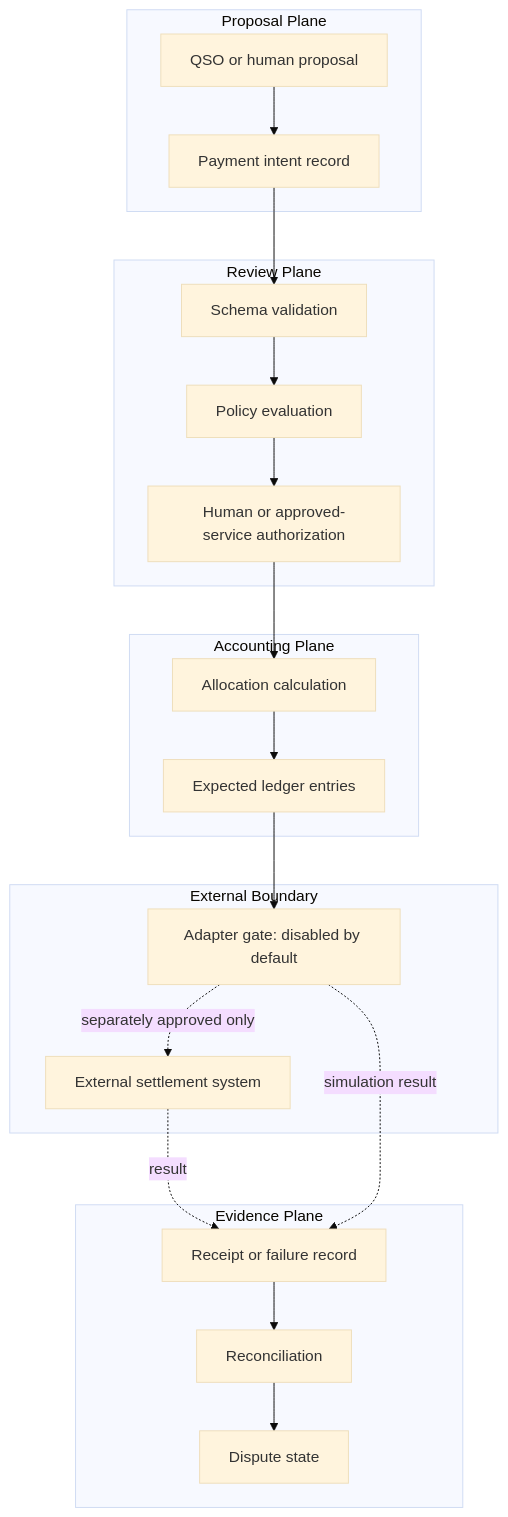
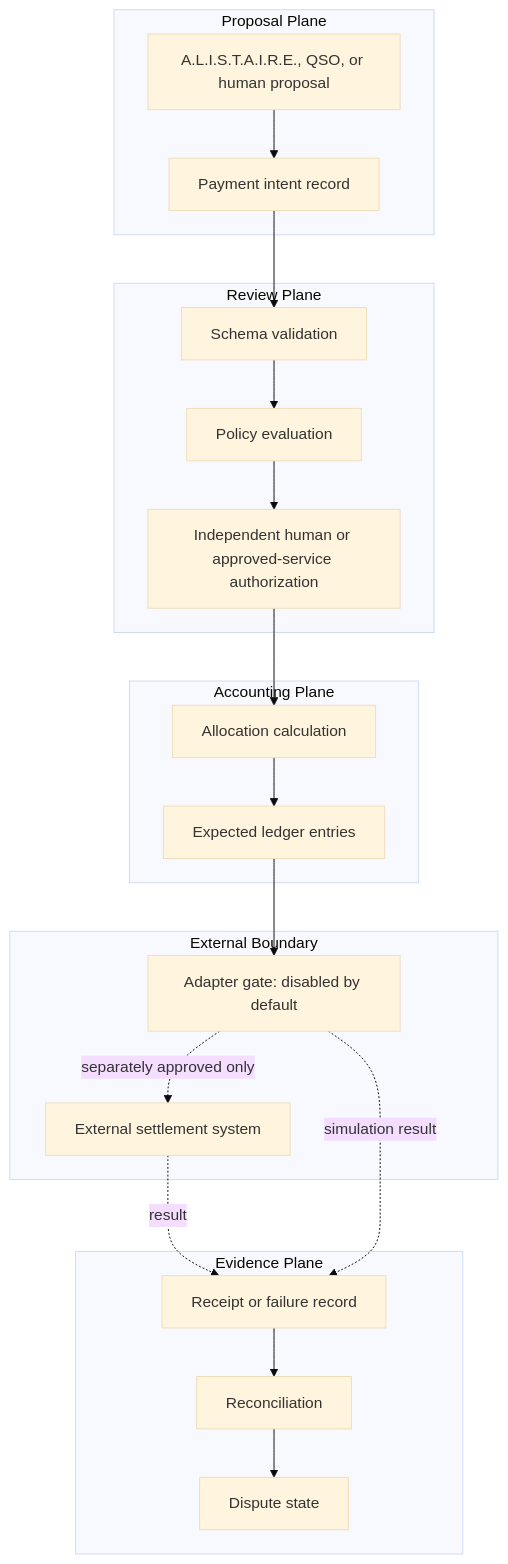
The first of 2 diagrams in docs/ARCHITECTURE.md (aevespers2/QSO-PAYMENTS), drawn with Mermaid (base theme) before and after one commit. The commit also changed other lines of this file, not shown here.

Commit message:
docs: clarify architecture and portfolio authority boundaries

````diff
--- a/docs/ARCHITECTURE.md
+++ b/docs/ARCHITECTURE.md
@@ -7,37 +7,37 @@
 ```mermaid
 flowchart TB
     subgraph Proposal Plane
-      Q[QSO or human proposal]
+      Q[A.L.I.S.T.A.I.R.E., QSO, or human proposal]
       I[Payment intent record]
       Q --> I
     end
 
     subgraph Review Plane
       S[Schema validation]
       P[Policy evaluation]
-      U[Human or approved-service authorization]
+      U[Independent human or approved-service authorization]
       I --> S --> P --> U
     end
 
     subgraph Accounting Plane
       L[Allocation calculation]
       E[Expected ledger entries]
       U --> L --> E
     end
 
     subgraph External Boundary
       G[Adapter gate: disabled by default]
       T[External settlement system]
       E --> G
       G -. separately approved only .-> T
     end
 
     subgraph Evidence Plane
       R[Receipt or failure record]
       C[Reconciliation]
       D[Dispute state]
       T -. result .-> R
       G -. simulation result .-> R
       R --> C --> D
     end
 ```
````
